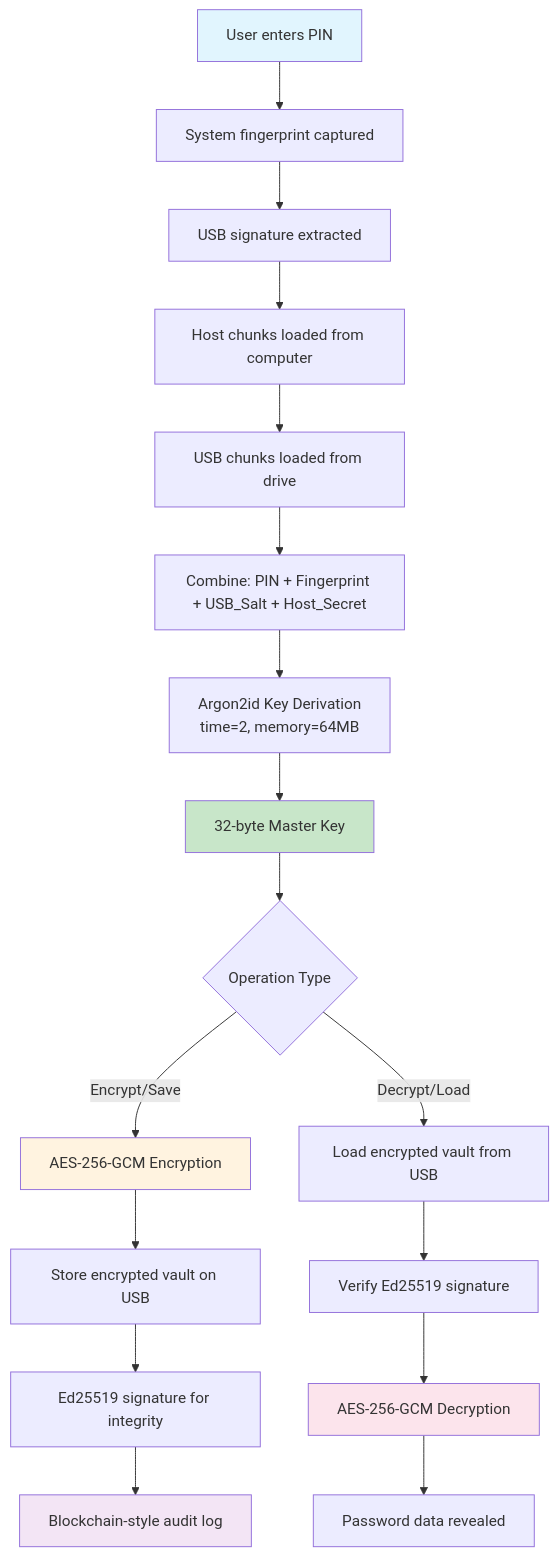
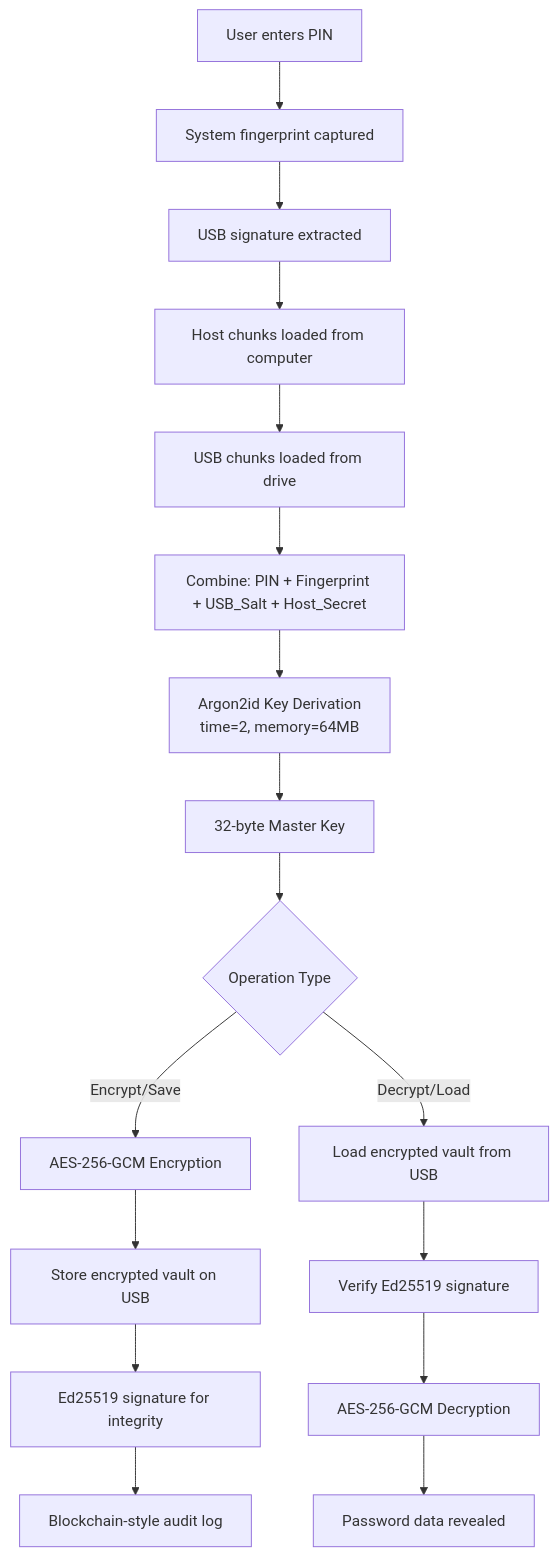
The first of 2 diagrams in README.md (amBITionV2/AES_OF_SPADES-502-IOT-02), drawn with Mermaid before and after one commit. The commit also changed other lines of this file, not shown here.

````diff
--- a/README.md
+++ b/README.md
@@ -57,29 +57,24 @@
 ```mermaid
 graph TD
     A[User enters PIN] --> B[System fingerprint captured]
     B --> C[USB signature extracted]
     C --> D[Host chunks loaded from computer]
     D --> E[USB chunks loaded from drive]
 
     E --> F[Combine: PIN + Fingerprint + USB_Salt + Host_Secret]
     F --> G[Argon2id Key Derivation<br/>time=2, memory=64MB]
     G --> H[32-byte Master Key]
 
     H --> I{Operation Type}
 
     I -->|Encrypt/Save| J[AES-256-GCM Encryption]
     J --> K[Store encrypted vault on USB]
     K --> L[Ed25519 signature for integrity]
     L --> M[Blockchain-style audit log]
 
     I -->|Decrypt/Load| N[Load encrypted vault from USB]
     N --> O[Verify Ed25519 signature]
     O --> P[AES-256-GCM Decryption]
     P --> Q[Password data revealed]
 
-    style A fill:#e1f5fe
-    style H fill:#c8e6c9
-    style J fill:#fff3e0
-    style P fill:#fce4ec
-    style M fill:#f3e5f5
 ```
````
